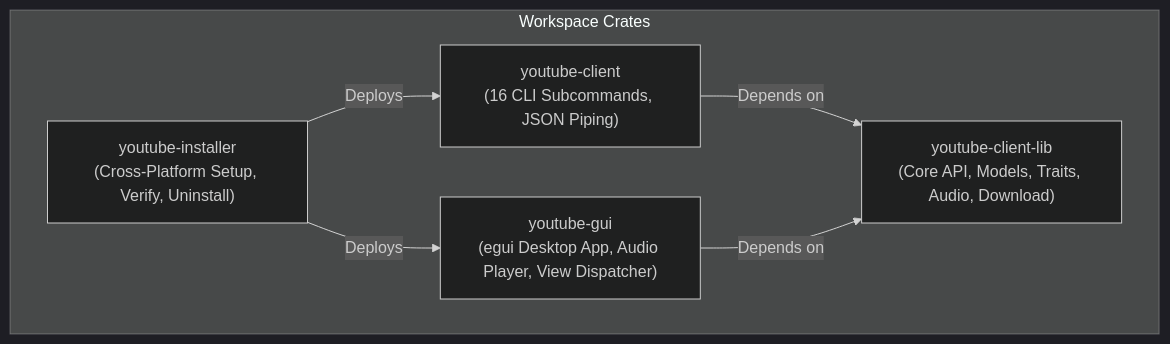
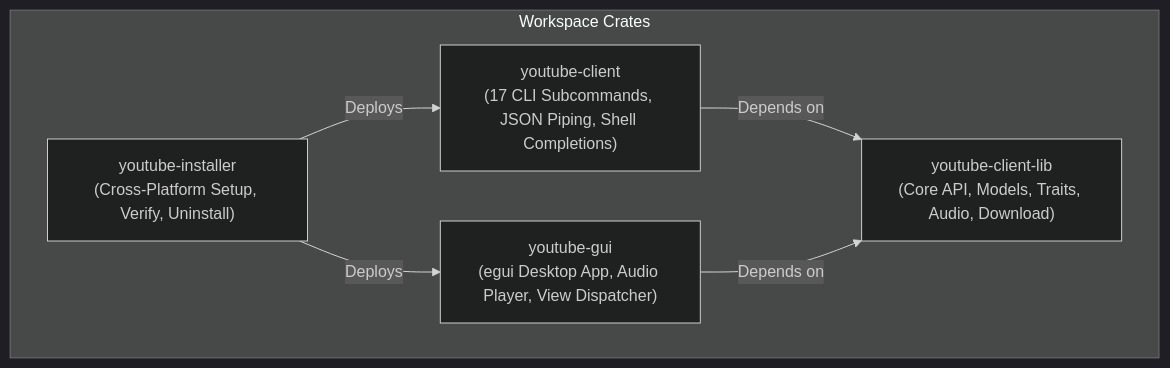
Before and after one commit to clockworkengineer/youtube-client: the diagram in README.md, drawn with Mermaid (dark theme). The commit also changed other lines of this file and 62 other files, not shown here.

Commit message:
feat: complete product polish with zero-warning linting, standalone installer, Windows Add/Remove Programs, shell completions, toast UI, and CI/CD workflows

````diff
--- a/README.md
+++ b/README.md
@@ -9,14 +12,14 @@
 ```mermaid
 graph TD
     subgraph "Workspace Crates"
         LIB["youtube-client-lib<br/>(Core API, Models, Traits, Audio, Download)"]
-        CLI["youtube-client<br/>(16 CLI Subcommands, JSON Piping)"]
+        CLI["youtube-client<br/>(17 CLI Subcommands, JSON Piping, Shell Completions)"]
         GUI["youtube-gui<br/>(egui Desktop App, Audio Player, View Dispatcher)"]
         INST["youtube-installer<br/>(Cross-Platform Setup, Verify, Uninstall)"]
     end
 
     CLI -->|Depends on| LIB
     GUI -->|Depends on| LIB
     INST -->|Deploys| CLI
     INST -->|Deploys| GUI
 ```
````
